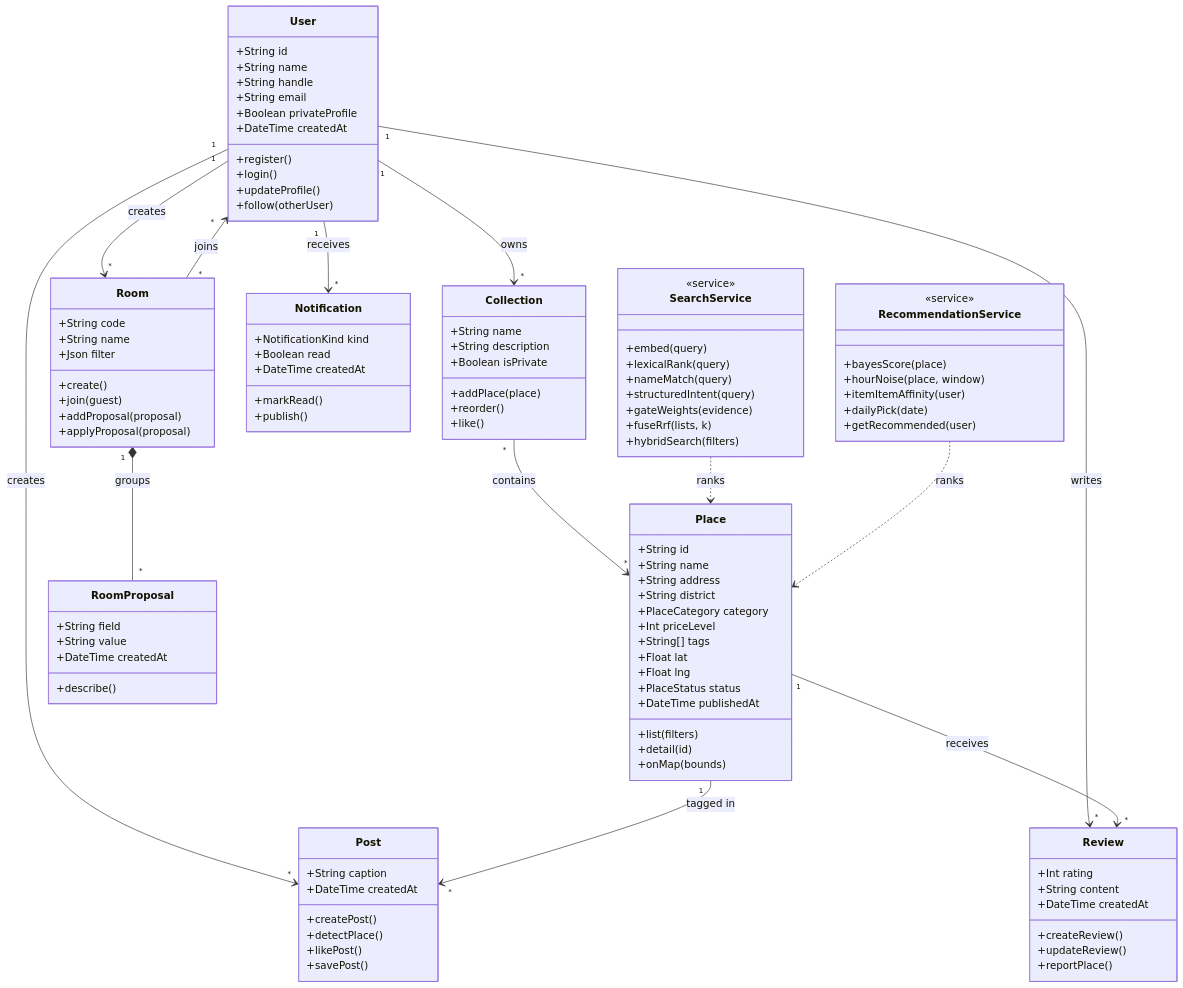
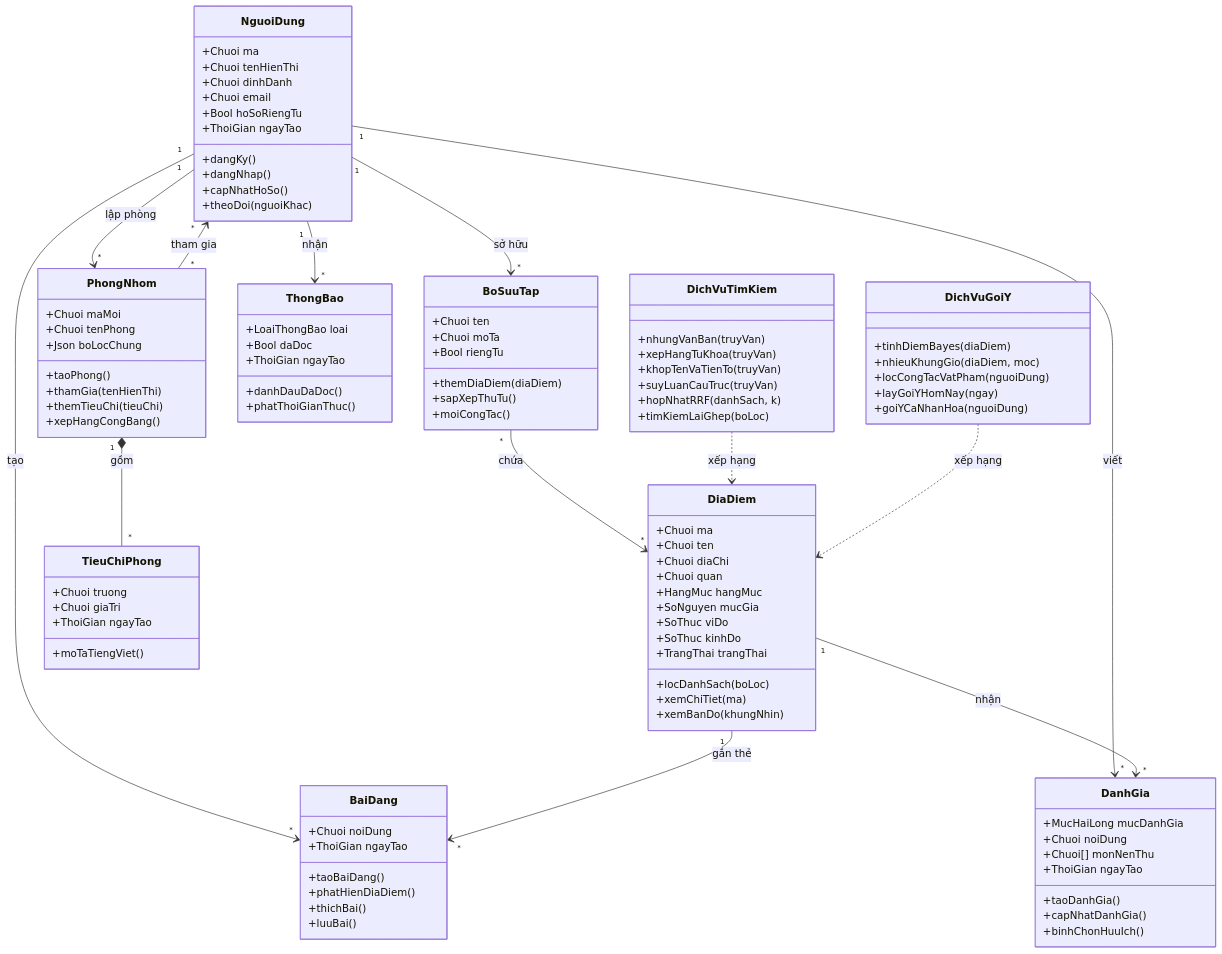
Diagram 13 of 24 in docs/bao-cao/BAO-CAO-DO-AN.md (longqt321/Rendez-PBL6), drawn with Mermaid before and after one commit. The commit also changed other lines of this file and 71 other files, not shown here.

Commit message:
feat(schema,backend): complete UX API features, role isolation, and submissions

````diff
--- a/docs/bao-cao/BAO-CAO-DO-AN.md
+++ b/docs/bao-cao/BAO-CAO-DO-AN.md
@@ -970,108 +1225,104 @@
 ```mermaid
 classDiagram
-    class User {
-        +String id
-        +String name
-        +String handle
-        +String email
-        +Boolean privateProfile
-        +DateTime createdAt
-        +register()
-        +login()
-        +updateProfile()
-        +follow(otherUser)
+    class NguoiDung {
+        +Chuoi ma
+        +Chuoi tenHienThi
+        +Chuoi dinhDanh
+        +Chuoi email
+        +Bool hoSoRiengTu
+        +ThoiGian ngayTao
+        +dangKy()
+        +dangNhap()
+        +capNhatHoSo()
+        +theoDoi(nguoiKhac)
     }
-    class Place {
-        +String id
-        +String name
-        +String address
-        +String district
-        +PlaceCategory category
-        +Int priceLevel
-        +String[] tags
-        +Float lat
-        +Float lng
-        +PlaceStatus status
-        +DateTime publishedAt
-        +list(filters)
-        +detail(id)
-        +onMap(bounds)
+    class DiaDiem {
+        +Chuoi ma
+        +Chuoi ten
+        +Chuoi diaChi
+        +Chuoi quan
+        +HangMuc hangMuc
+        +SoNguyen mucGia
+        +SoThuc viDo
+        +SoThuc kinhDo
+        +TrangThai trangThai
+        +locDanhSach(boLoc)
+        +xemChiTiet(ma)
+        +xemBanDo(khungNhin)
     }
-    class Review {
-        +Int rating
-        +String content
-        +DateTime createdAt
-        +createReview()
-        +updateReview()
-        +reportPlace()
+    class DanhGia {
+        +MucHaiLong mucDanhGia
+        +Chuoi noiDung
+        +Chuoi[] monNenThu
+        +ThoiGian ngayTao
+        +taoDanhGia()
+        +capNhatDanhGia()
+        +binhChonHuuIch()
     }
-    class Post {
-        +String caption
-        +DateTime createdAt
-        +createPost()
-        +detectPlace()
-        +likePost()
-        +savePost()
+    class BaiDang {
+        +Chuoi noiDung
+        +ThoiGian ngayTao
+        +taoBaiDang()
+        +phatHienDiaDiem()
+        +thichBai()
+        +luuBai()
     }
-    class Collection {
-        +String name
-        +String description
-        +Boolean isPrivate
-        +addPlace(place)
-        +reorder()
-        +like()
+    class BoSuuTap {
+        +Chuoi ten
+        +Chuoi moTa
+        +Bool riengTu
+        +themDiaDiem(diaDiem)
+        +sapXepThuTu()
+        +moiCongTac()
     }
-    class Room {
-        +String code
-        +String name
-        +Json filter
-        +create()
-        +join(guest)
-        +addProposal(proposal)
-        +applyProposal(proposal)
+    class PhongNhom {
+        +Chuoi maMoi
+        +Chuoi tenPhong
+        +Json boLocChung
+        +taoPhong()
+        +thamGia(tenHienThi)
+        +themTieuChi(tieuChi)
+        +xepHangCongBang()
     }
-    class RoomProposal {
-        +String field
-        +String value
-        +DateTime createdAt
-        +describe()
+    class TieuChiPhong {
+        +Chuoi truong
+        +Chuoi giaTri
+        +ThoiGian ngayTao
+        +moTaTiengViet()
     }
-    class Notification {
-        +NotificationKind kind
-        +Boolean read
-        +DateTime createdAt
-        +markRead()
-        +publish()
+    class ThongBao {
+        +LoaiThongBao loai
+        +Bool daDoc
+        +ThoiGian ngayTao
+        +danhDauDaDoc()
+        +phatThoiGianThuc()
     }
-    class SearchService {
-        <<service>>
-        +embed(query)
-        +lexicalRank(query)
-        +nameMatch(query)
-        +structuredIntent(query)
-        +gateWeights(evidence)
-        +fuseRrf(lists, k)
-        +hybridSearch(filters)
+    class DichVuTimKiem {
+        +nhungVanBan(truyVan)
+        +xepHangTuKhoa(truyVan)
+        +khopTenVaTienTo(truyVan)
+        +suyLuanCauTruc(truyVan)
+        +hopNhatRRF(danhSach, k)
+        +timKiemLaiGhep(boLoc)
     }
-    class RecommendationService {
-        <<service>>
-        +bayesScore(place)
-        +hourNoise(place, window)
-        +itemItemAffinity(user)
-        +dailyPick(date)
-        +getRecommended(user)
+    class DichVuGoiY {
+        +tinhDiemBayes(diaDiem)
+        +nhieuKhungGio(diaDiem, moc)
+        +locCongTacVatPham(nguoiDung)
+        +layGoiYHomNay(ngay)
+        +goiYCaNhanHoa(nguoiDung)
     }
 
-    User "1" --> "*" Post : creates
-    User "1" --> "*" Review : writes
-    User "1" --> "*" Collection : owns
-    User "1" --> "*" Room : creates
-    User "1" --> "*" Notification : receives
-    Place "1" --> "*" Review : receives
-    Place "1" --> "*" Post : tagged in
-    Collection "*" --> "*" Place : contains
-    Room "1" *-- "*" RoomProposal : groups
-    Room "*" --> "*" User : joins
-    SearchService ..> Place : ranks
-    RecommendationService ..> Place : ranks
+    NguoiDung "1" --> "*" BaiDang : tạo
+    NguoiDung "1" --> "*" DanhGia : viết
+    NguoiDung "1" --> "*" BoSuuTap : sở hữu
+    NguoiDung "1" --> "*" PhongNhom : lập phòng
+    NguoiDung "1" --> "*" ThongBao : nhận
+    DiaDiem "1" --> "*" DanhGia : nhận
+    DiaDiem "1" --> "*" BaiDang : gắn thẻ
+    BoSuuTap "*" --> "*" DiaDiem : chứa
+    PhongNhom "1" *-- "*" TieuChiPhong : gồm
+    PhongNhom "*" --> "*" NguoiDung : tham gia
+    DichVuTimKiem ..> DiaDiem : xếp hạng
+    DichVuGoiY ..> DiaDiem : xếp hạng
 ```
````
